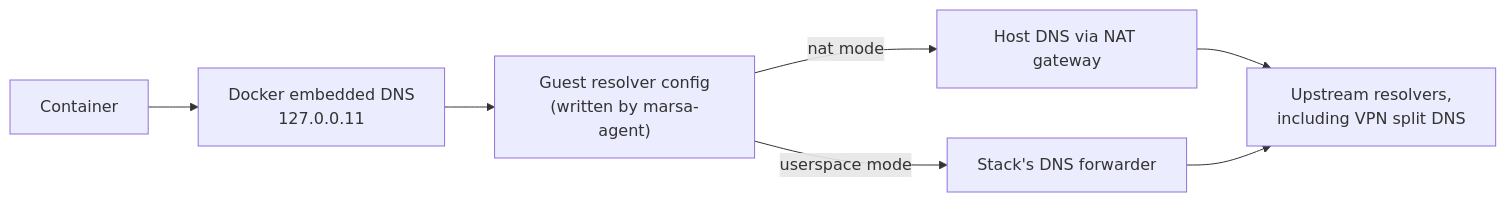
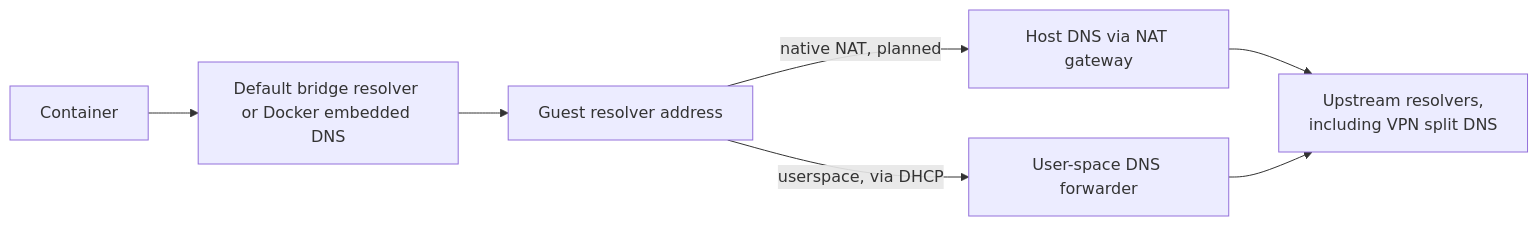
Before and after one commit to nasraldin/marsa: the third of 3 diagrams in docs/06-networking.md, drawn with Mermaid. The commit also changed other lines of this file and 3 other files, not shown here.

````diff
--- a/docs/06-networking.md
+++ b/docs/06-networking.md
@@ -183,9 +183,9 @@
 ```mermaid
 flowchart LR
-    c["Container"] --> ed["Docker embedded DNS<br/>127.0.0.11"]
-    ed --> gr["Guest resolver config<br/>(written by marsa-agent)"]
-    gr -->|nat mode| hd["Host DNS via NAT gateway"]
-    gr -->|userspace mode| ud["Stack's DNS forwarder"]
+    c["Container"] --> ed["Default bridge resolver or Docker embedded DNS"]
+    ed --> gr["Guest resolver address"]
+    gr -->|native NAT, planned| hd["Host DNS via NAT gateway"]
+    gr -->|userspace, via DHCP| ud["User-space DNS forwarder"]
     hd --> up["Upstream resolvers,<br/>including VPN split DNS"]
     ud --> up
 ```
````
